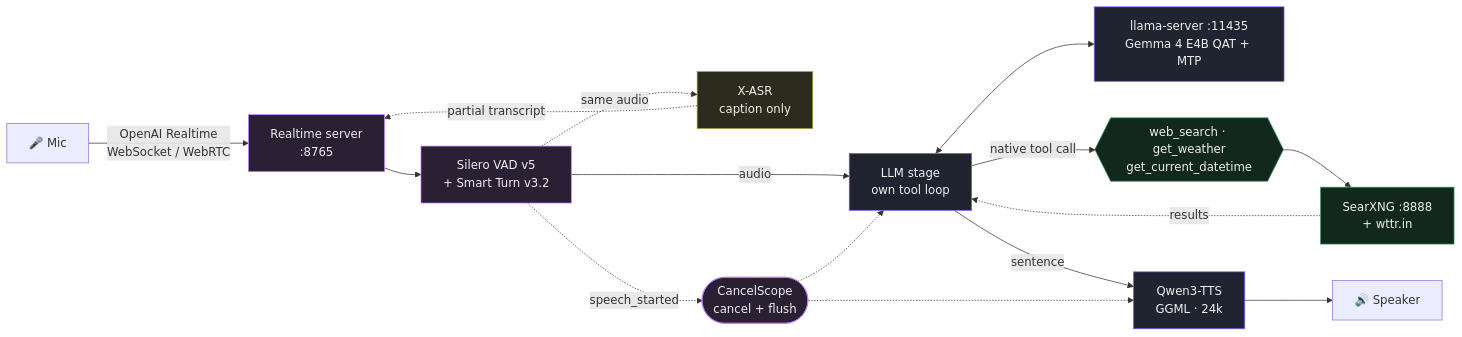
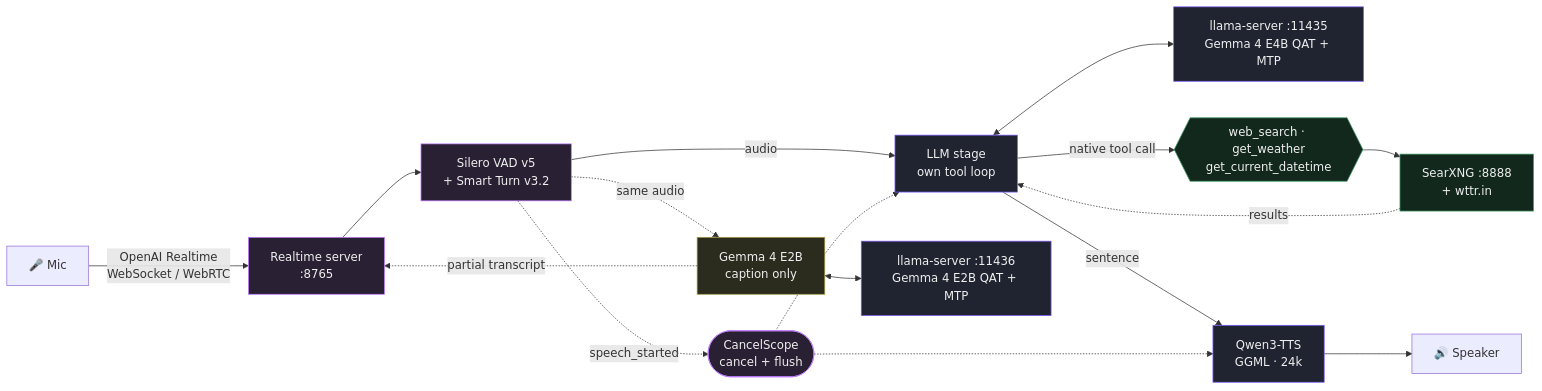
Before and after one commit to vieenrose/voice-chat: the diagram in README.md, drawn with Mermaid. The commit also changed other lines of this file and 4 other files, not shown here.

````diff
--- a/README.md
+++ b/README.md
@@ -19,26 +19,27 @@
 ```mermaid
 flowchart LR
     Mic["🎤 Mic"] -->|OpenAI Realtime<br/>WebSocket / WebRTC| RT["Realtime server<br/>:8765"]
     RT --> VAD["Silero VAD v5<br/>+ Smart Turn v3.2"]
     VAD -->|audio| AG["LLM stage<br/>own tool loop"]
-    VAD -.->|same audio| XA["X-ASR<br/>caption only"]
+    VAD -.->|same audio| XA["Gemma 4 E2B<br/>caption only"]
     XA -.->|partial transcript| RT
     AG <--> LLM["llama-server :11435<br/>Gemma 4 E4B QAT + MTP"]
+    XA <--> LLM2["llama-server :11436<br/>Gemma 4 E2B QAT + MTP"]
     AG -->|native tool call| T{{"web_search · get_weather<br/>get_current_datetime"}}
     T --> SX["SearXNG :8888<br/>+ wttr.in"]
     SX -.results.-> AG
     AG -->|sentence| TTS["Qwen3-TTS<br/>GGML · 24k"]
     TTS --> SPK["🔊 Speaker"]
     VAD -.->|speech_started| CS(["CancelScope<br/>cancel + flush"])
     CS -.-> AG
     CS -.-> TTS
 
     classDef m fill:#1f2430,stroke:#7c5cff,color:#eee
     classDef s fill:#12281c,stroke:#3f9e6a,color:#eee
     classDef f fill:#2a2033,stroke:#c07cff,color:#eee
     classDef c fill:#2b2b1e,stroke:#a89b3f,color:#eee
-    class LLM,TTS,AG m
+    class LLM,LLM2,TTS,AG m
     class XA c
     class SX,T s
     class RT,VAD,CS f
 ```
````
